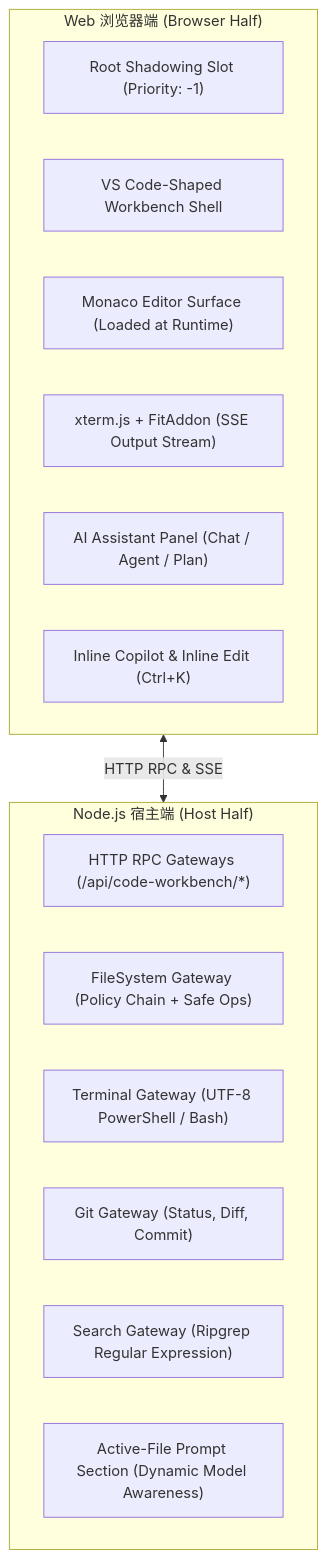
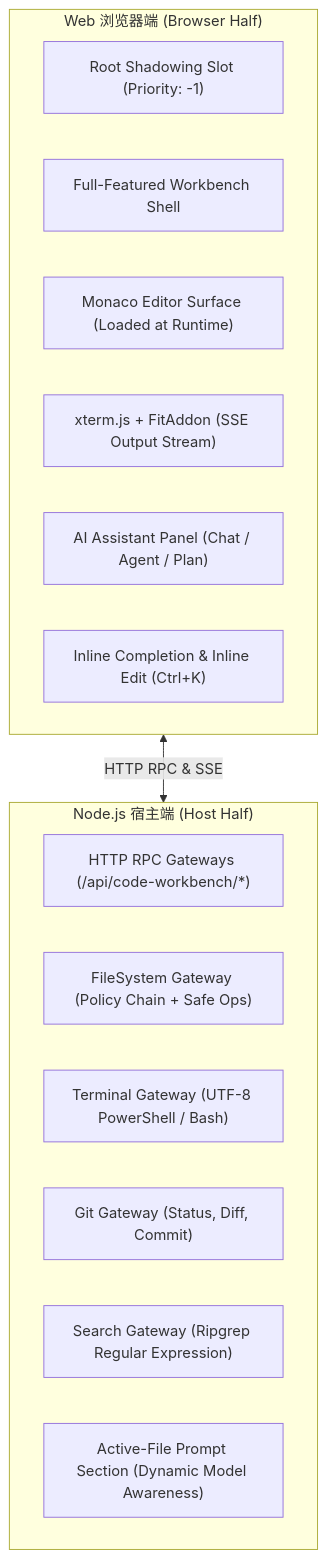
The diagram in README.md (JUEMING-006/dsh-code-workbench), drawn with Mermaid before and after one commit. The commit also changed other lines of this file and 20 other files, not shown here.

````diff
--- a/README.md
+++ b/README.md
@@ -46,22 +46,22 @@
 ```mermaid
 flowchart TB
     subgraph Host["Node.js 宿主端 (Host Half)"]
         Gateways["HTTP RPC Gateways (/api/code-workbench/*)"]
         FS_GW["FileSystem Gateway (Policy Chain + Safe Ops)"]
         TERM_GW["Terminal Gateway (UTF-8 PowerShell / Bash)"]
         GIT_GW["Git Gateway (Status, Diff, Commit)"]
         SEARCH_GW["Search Gateway (Ripgrep Regular Expression)"]
         PROMPT_EXT["Active-File Prompt Section (Dynamic Model Awareness)"]
     end
 
     subgraph Client["Web 浏览器端 (Browser Half)"]
         AppRoot["Root Shadowing Slot (Priority: -1)"]
-        Workbench["VS Code-Shaped Workbench Shell"]
+        Workbench["Full-Featured Workbench Shell"]
         Monaco["Monaco Editor Surface (Loaded at Runtime)"]
         XTerm["xterm.js + FitAddon (SSE Output Stream)"]
         AIPanel["AI Assistant Panel (Chat / Agent / Plan)"]
-        Copilot["Inline Copilot & Inline Edit (Ctrl+K)"]
+        Copilot["Inline Completion & Inline Edit (Ctrl+K)"]
     end
 
     Client <-->|HTTP RPC & SSE| Host
 ```
````
